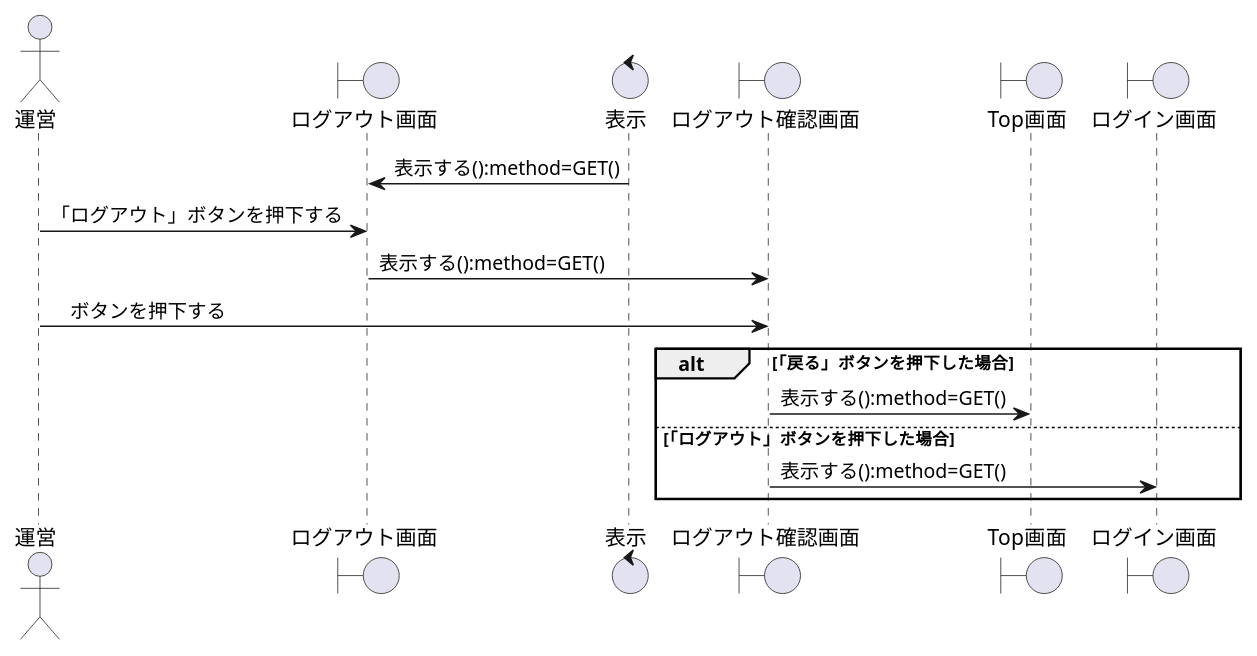
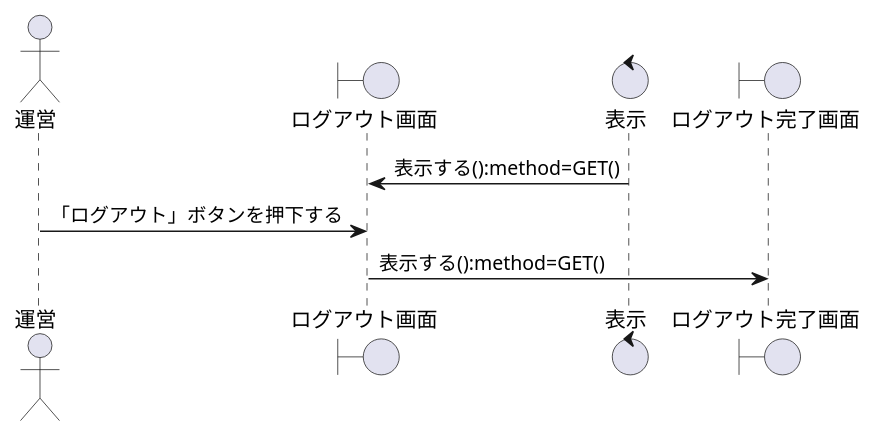
Before and after one commit to K-Rinrin/GroupE: the diagram in お城/お城/設計書/シーケンス図/運営/アカウント機能/シーケンス図_運営がログアウトをする.pu, drawn with PlantUML. The commit also changed 11 other files, not shown here.

```diff
--- a/お城/お城/設計書/シーケンス図/運営/アカウント機能/シーケンス図_運営がログアウトをする.pu
+++ b/お城/お城/設計書/シーケンス図/運営/アカウント機能/シーケンス図_運営がログアウトをする.pu
@@ -1,29 +1,21 @@
 @startuml 運営がログアウトをする
 
 
 ' ========================================
 ' 登場モノの定義
 ' ========================================
 actor "運営" as User
 boundary "ログアウト画面" as b1
 control "表示" as c1
-boundary "ログアウト確認画面" as b2
-boundary "Top画面" as b3
-boundary "ログイン画面" as b4
+boundary "ログアウト完了画面" as b2
 
 
 ' ========================================
 ' シーケンスの流れ
 ' ========================================
 
 c1 -> b1 : 表示する():method=GET()
 User -> b1 :「ログアウト」ボタンを押下する
 b1 -> b2 : 表示する():method=GET()
-User -> b2 :　ボタンを押下する
-alt 「戻る」ボタンを押下した場合
-    b2 -> b3 : 表示する():method=GET()
-else 「ログアウト」ボタンを押下した場合
-    b2-> b4 : 表示する():method=GET()
-end
 
 @enduml
```
